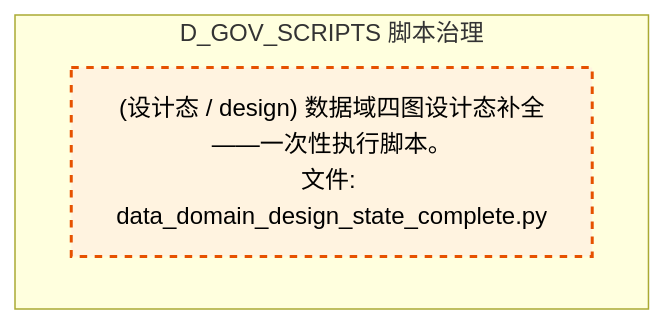
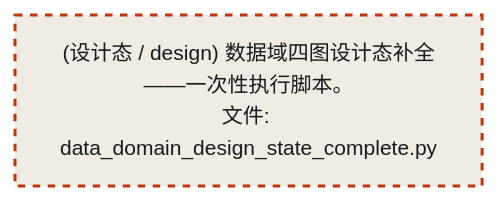
Before and after one commit to xuanFelixVan/ZephyrAlpha: diagram 15 of 16 in docs/02_enterprise_architecture/02_domain_architecture_docs/56_d_gov_scripts.md, drawn with Mermaid. The commit also changed other lines of this file and 76 other files, not shown here.

````diff
--- a/docs/02_enterprise_architecture/02_domain_architecture_docs/56_d_gov_scripts.md
+++ b/docs/02_enterprise_architecture/02_domain_architecture_docs/56_d_gov_scripts.md
@@ -1595,11 +2302,10 @@
 ```mermaid
-graph TD
-    subgraph D_GOV_SCRIPTS["D_GOV_SCRIPTS 脚本治理"]
-        scripts_governance_oneoff_data_domain_design_state_complete_py["(设计态 / design) 数据域四图设计态补全——一次性执行脚本。<br/>文件: data_domain_design_state_complete.py"]
-    end
-    classDef production fill:#e1f5fe,stroke:#01579b,stroke-width:2px,color:#000
-    classDef design fill:#fff3e0,stroke:#e65100,stroke-width:2px,color:#000,stroke-dasharray: 5 5
-    classDef external_prod fill:#e8f5e9,stroke:#1b5e20,stroke-width:1px,color:#000
-    classDef external_design fill:#fce4ec,stroke:#880e4f,stroke-width:1px,color:#000,stroke-dasharray: 5 5
+%%{init: {'theme': 'base', 'themeVariables': {'primaryColor': '#eaeaea', 'primaryTextColor': '#333333', 'primaryBorderColor': '#666666', 'lineColor': '#666666', 'secondaryColor': '#eaeaea', 'tertiaryColor': '#eaeaea', 'fontSize': '14px'}}}%%
+flowchart TD
+    scripts_governance_oneoff_data_domain_design_state_complete_py["(设计态 / design) 数据域四图设计态补全——一次性执行脚本。<br/>文件: data_domain_design_state_complete.py"]
+    classDef production fill:#e8edf2,stroke:#0277bd,stroke-width:2px,color:#1a1a1a
+    classDef design fill:#f0ebe3,stroke:#bf360c,stroke-width:2px,color:#1a1a1a,stroke-dasharray: 5 5
+    classDef external_prod fill:#e8efe9,stroke:#1b5e20,stroke-width:1px,color:#1a1a1a
+    classDef external_design fill:#efe5ea,stroke:#880e4f,stroke-width:1px,color:#1a1a1a,stroke-dasharray: 5 5
     class scripts_governance_oneoff_data_domain_design_state_complete_py design
 ```
````
